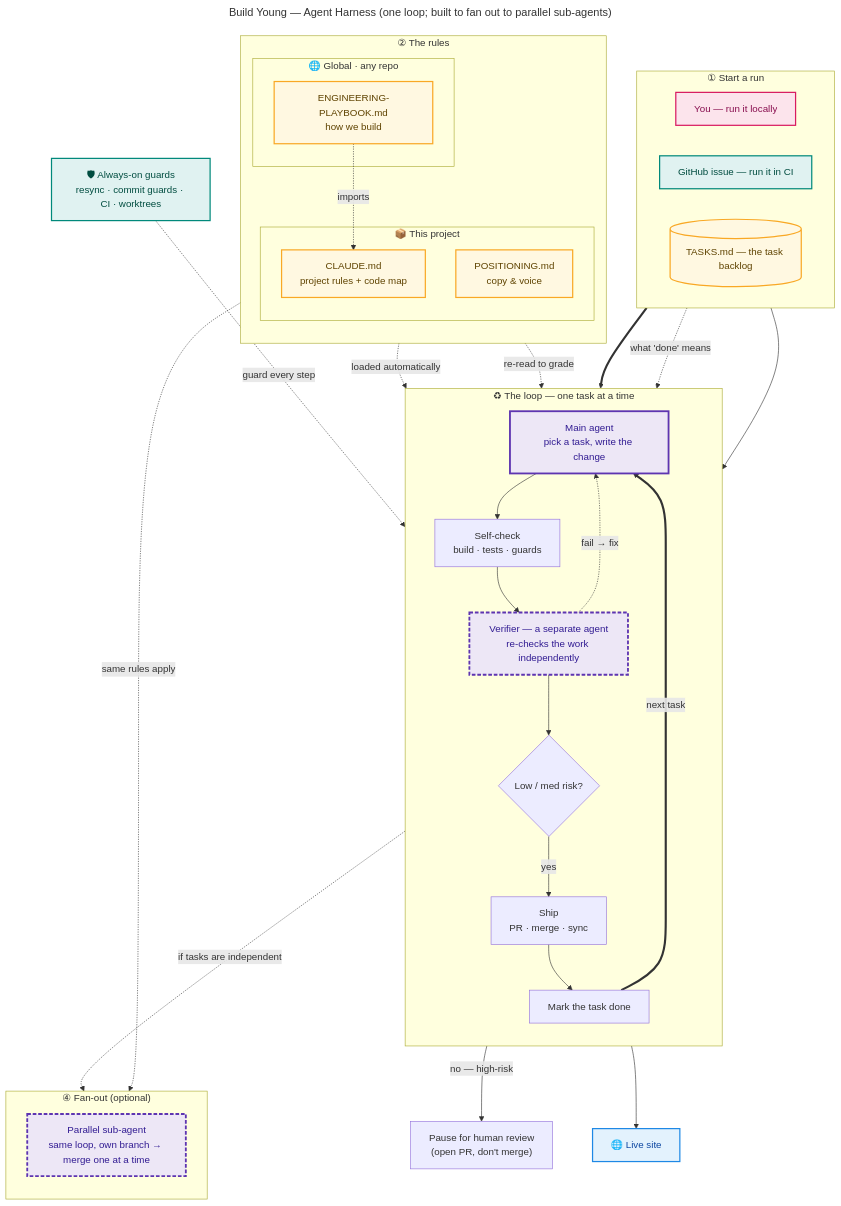
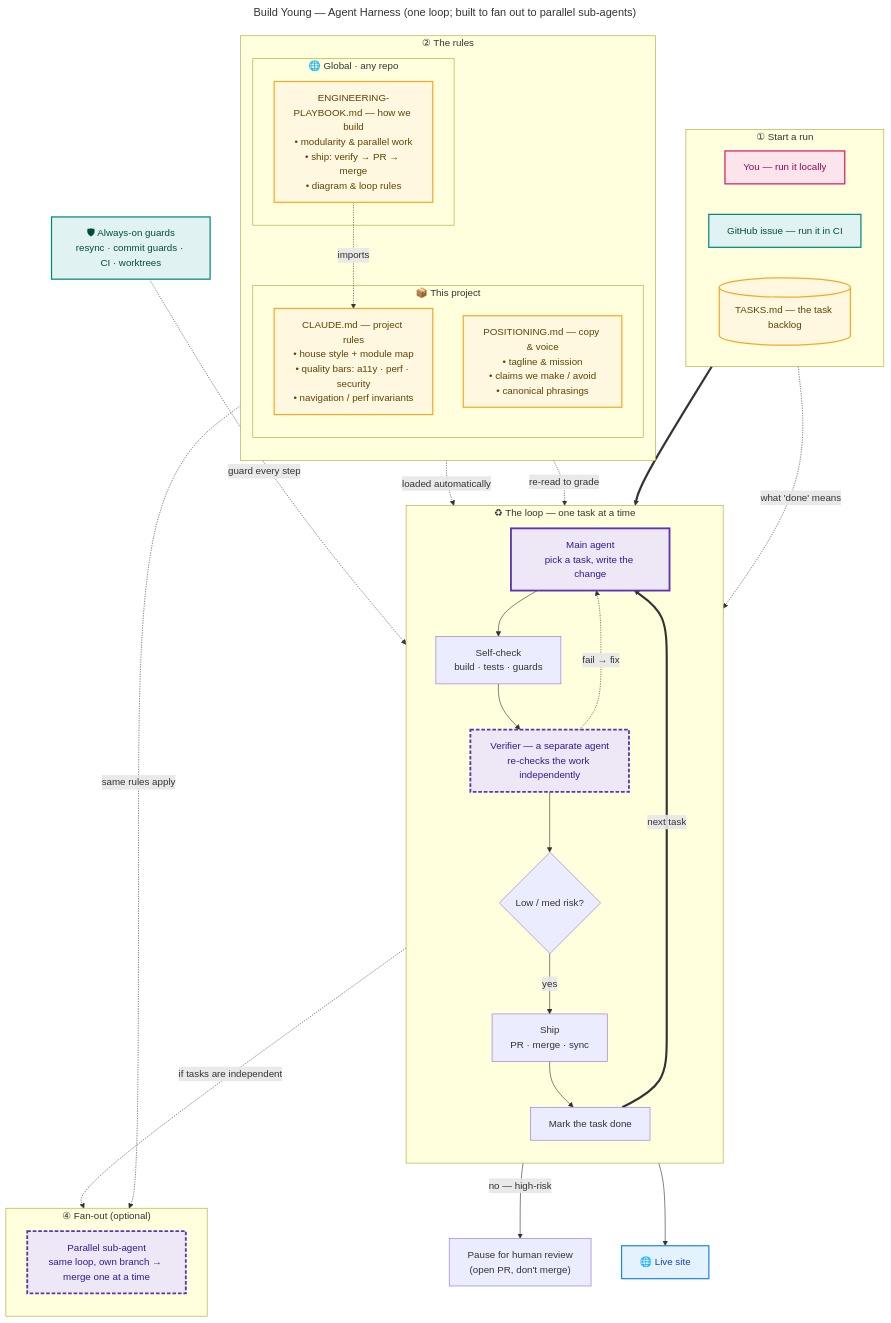
Before and after one commit to msunilgarg/Build-Young: the first of 2 diagrams in BUILD-YOUNG-ARCHITECTURE.md, drawn with Mermaid. The commit also changed other lines of this file and 3 other files, not shown here.

First line of the commit message:
Architecture loop diagram: fix hanging edge + add per-doc key bullets (#405)

````diff
--- a/BUILD-YOUNG-ARCHITECTURE.md
+++ b/BUILD-YOUNG-ARCHITECTURE.md
@@ -31,76 +31,75 @@
 ```mermaid
 ---
 title: Build Young — Agent Harness (one loop; built to fan out to parallel sub-agents)
 ---
 flowchart TB
     %% Labels are short + plain-English (the function); the detail lives in the table below.
     %% ① start a run — one on-ramp + the task backlog
     subgraph inputs["① Start a run"]
         direction LR
         you["You — run it locally"]
         issue["GitHub issue — run it in CI"]
         tasks[("TASKS.md — the task backlog")]
     end
 
     %% ② the rules — global (any repo) vs this project's
     subgraph docs["② The rules"]
         direction TB
         subgraph dglobal["🌐 Global · any repo"]
-            playbook["ENGINEERING-PLAYBOOK.md<br/>how we build"]
+            playbook["ENGINEERING-PLAYBOOK.md — how we build<br/>• modularity & parallel work<br/>• ship: verify → PR → merge<br/>• diagram & loop rules"]
         end
         subgraph dproject["📦 This project"]
-            claude["CLAUDE.md<br/>project rules + code map"]
-            positioning["POSITIONING.md<br/>copy & voice"]
+            claude["CLAUDE.md — project rules<br/>• house style + module map<br/>• quality bars: a11y · perf · security<br/>• navigation / perf invariants"]
+            positioning["POSITIONING.md — copy & voice<br/>• tagline & mission<br/>• claims we make / avoid<br/>• canonical phrasings"]
         end
         playbook -. imports .-> claude
     end
 
-    inputs --> agent
     tasks ==> agent
     tasks -. "what 'done' means" .-> verifier
     dproject -. "loaded automatically" .-> agent
     docs -. "re-read to grade" .-> verifier
 
     %% ③ the loop
     subgraph LOOP["♻ The loop — one task at a time"]
         direction TB
         agent["Main agent<br/>pick a task, write the change"]
         check["Self-check<br/>build · tests · guards"]
         verifier["Verifier — a separate agent<br/>re-checks the work independently"]
         gate{"Low / med risk?"}
         ship["Ship<br/>PR · merge · sync"]
         record["Mark the task done"]
         agent --> check --> verifier --> gate
         verifier -. "fail → fix" .-> agent
         gate -- yes --> ship --> record
         record == "next task" ==> agent
     end
     gate -- "no — high-risk" --> pause["Pause for human review<br/>(open PR, don't merge)"]
     ship --> live["🌐 Live site"]
 
     %% ④ fan-out — the same loop, in parallel
     subgraph FANOUT["④ Fan-out (optional)"]
         direction TB
         sub["Parallel sub-agent<br/>same loop, own branch → merge one at a time"]
     end
     agent -. "if tasks are independent" .-> sub
     docs -. "same rules apply" .-> sub
 
     %% ⑤ always-on
     machinery["🛡 Always-on guards<br/>resync · commit guards · CI · worktrees"]
     machinery -. "guard every step" .-> LOOP
 
     %% ── visual taxonomy (color key is text, in the doc intro): agent · sub-agent · tool · state · external · human ──
     classDef agent fill:#ede7f6,stroke:#5e35b1,stroke-width:3px,color:#311b92;
     classDef subagent fill:#ede7f6,stroke:#5e35b1,stroke-width:3px,stroke-dasharray:6 3,color:#311b92;
     classDef tool fill:#e0f2f1,stroke:#00897b,stroke-width:2px,color:#004d40;
     classDef state fill:#fff8e1,stroke:#f9a825,stroke-width:2px,color:#5f4300;
     classDef ext fill:#e3f2fd,stroke:#1e88e5,stroke-width:2px,color:#0d47a1;
     classDef human fill:#fce4ec,stroke:#d81b60,stroke-width:2px,color:#880e4f;
     class agent agent;
     class verifier,sub subagent;
     class issue,machinery tool;
     class tasks,playbook,claude,positioning state;
     class you human;
     class live ext;
 ```
````
